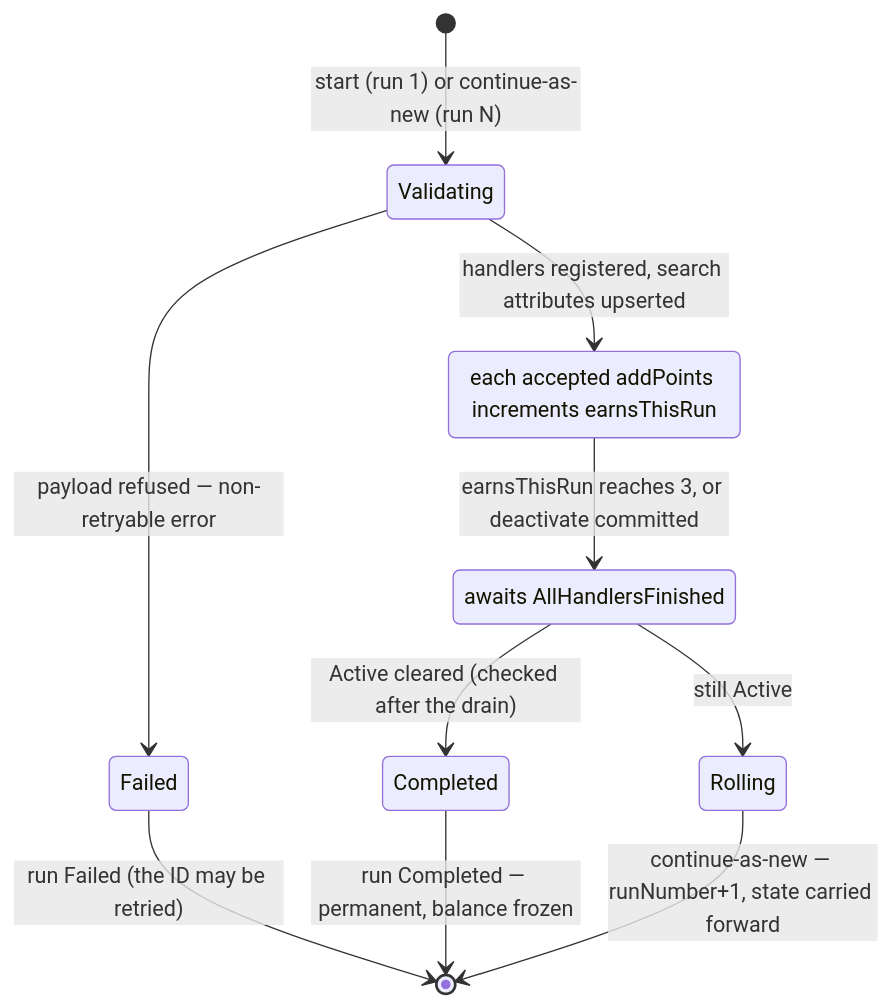
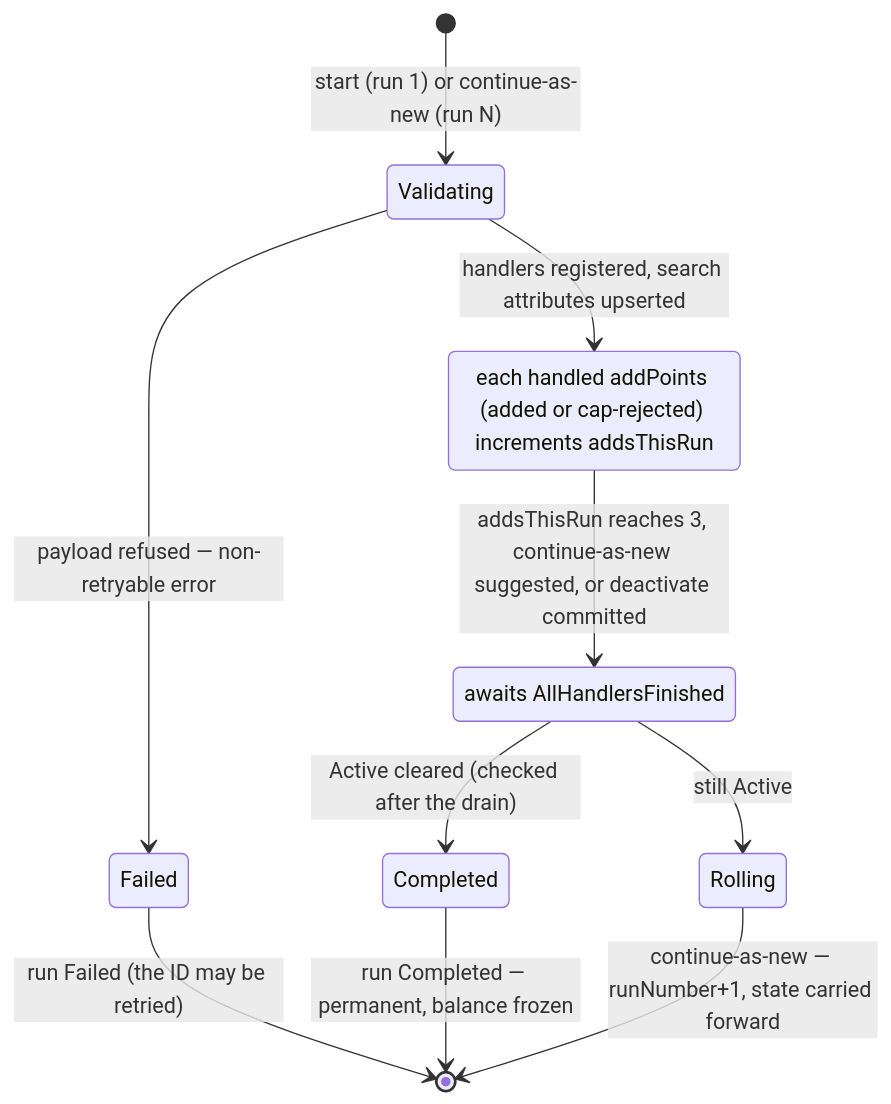
Before and after one commit to anthonywittig/rewards-poc: the second of 4 diagrams in docs/architecture.md, drawn with Mermaid. The commit also changed other lines of this file and 5 other files, not shown here.

First line of the commit message:
Roll on handled adds and GetContinueAsNewSuggested, not just earns

````diff
--- a/docs/architecture.md
+++ b/docs/architecture.md
@@ -53,17 +53,17 @@
 ```mermaid
 stateDiagram-v2
     [*] --> Validating : start (run 1) or continue-as-new (run N)
     Validating --> Failed : payload refused — non-retryable error
     Failed --> [*] : run Failed (the ID may be retried)
 
     Validating --> Accepting : handlers registered, search attributes upserted
-    Accepting : each accepted addPoints increments earnsThisRun
-    Accepting --> Draining : earnsThisRun reaches 3, or deactivate committed
+    Accepting : each handled addPoints (added or cap-rejected) increments addsThisRun
+    Accepting --> Draining : addsThisRun reaches 3, continue-as-new suggested, or deactivate committed
     Draining : awaits AllHandlersFinished
 
     Draining --> Completed : Active cleared (checked after the drain)
     Completed --> [*] : run Completed — permanent, balance frozen
 
     Draining --> Rolling : still Active
     Rolling --> [*] : continue-as-new — runNumber+1, state carried forward
 ```
````
